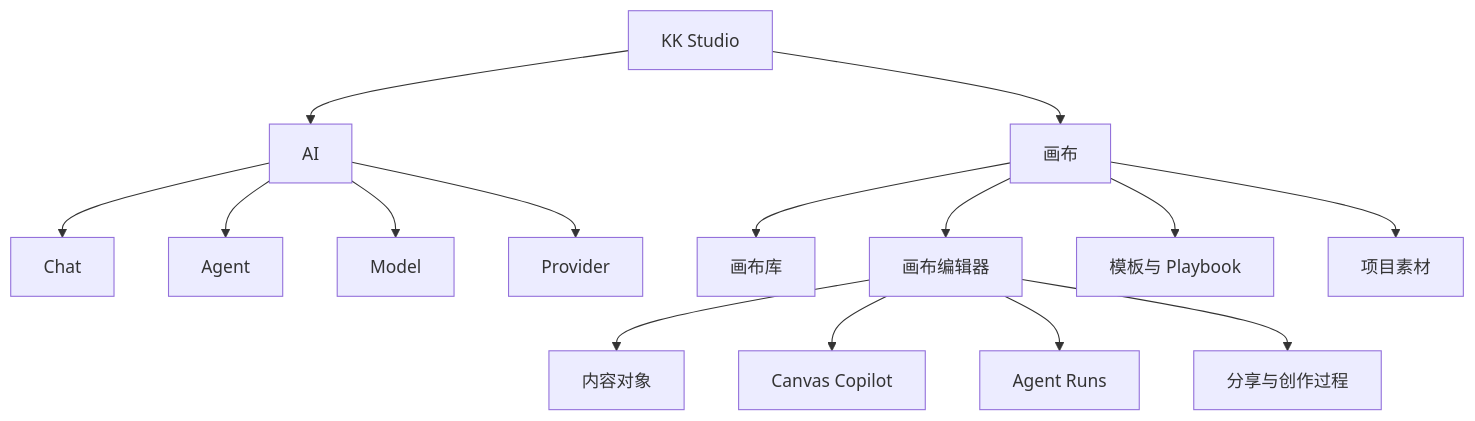
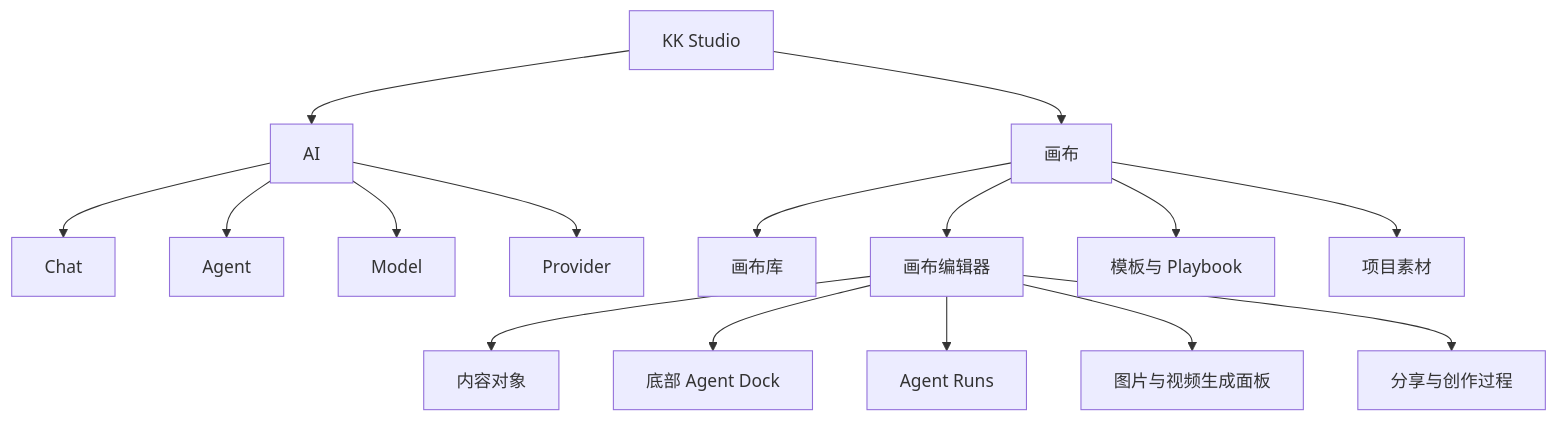
The first of 2 diagrams in docs/product-design/infinite-canvas-prototype.md (fengwk/kk-studio), drawn with Mermaid before and after one commit. The commit also changed other lines of this file and 3 other files, not shown here.

Commit message:
feat(docs): redesign infinite canvas agent workspace

````diff
--- a/docs/product-design/infinite-canvas-prototype.md
+++ b/docs/product-design/infinite-canvas-prototype.md
@@ -64,21 +64,22 @@
 ```mermaid
 flowchart TD
     Shell[KK Studio]
     Shell --> AI[AI]
     Shell --> Canvas[画布]
 
     AI --> Sessions[Chat]
     AI --> Agents[Agent]
     AI --> Models[Model]
     AI --> Providers[Provider]
 
     Canvas --> Library[画布库]
     Canvas --> Editor[画布编辑器]
     Canvas --> Templates[模板与 Playbook]
     Canvas --> Assets[项目素材]
 
     Editor --> Items[内容对象]
-    Editor --> Copilot[Canvas Copilot]
+    Editor --> AgentDock[底部 Agent Dock]
     Editor --> Runs[Agent Runs]
+    Editor --> MediaGeneration[图片与视频生成面板]
     Editor --> Share[分享与创作过程]
 ```
````
